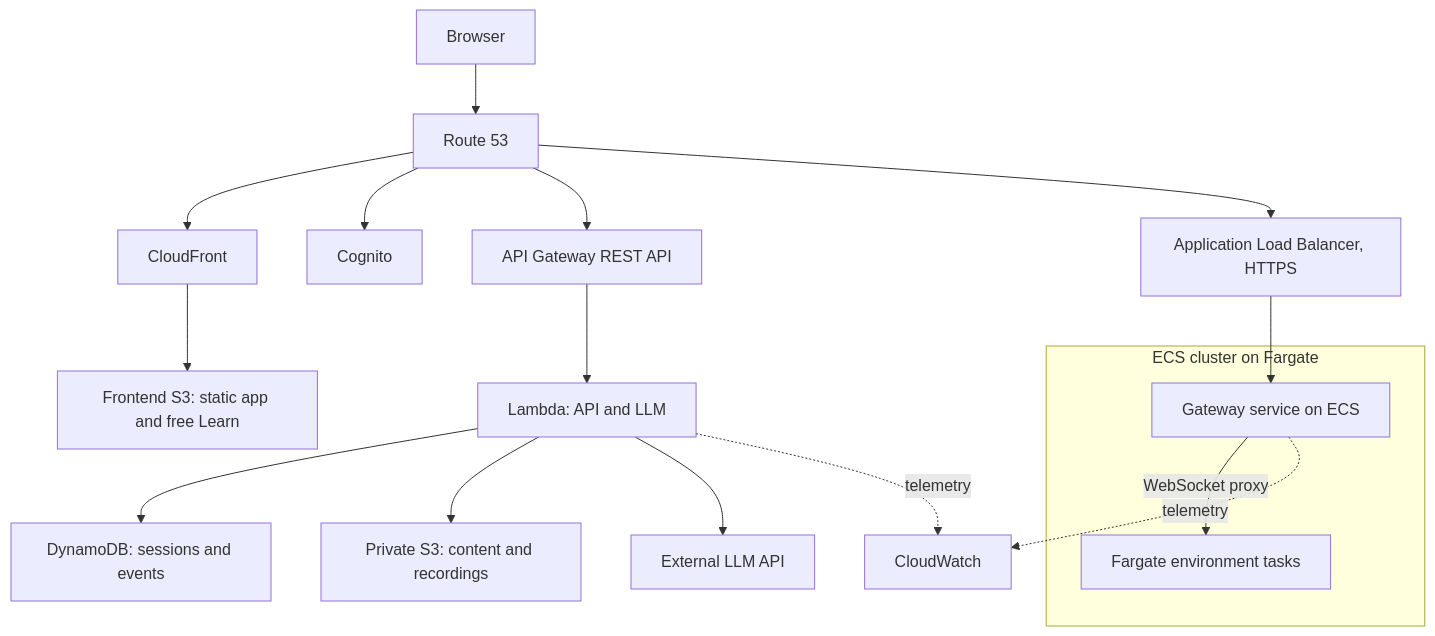
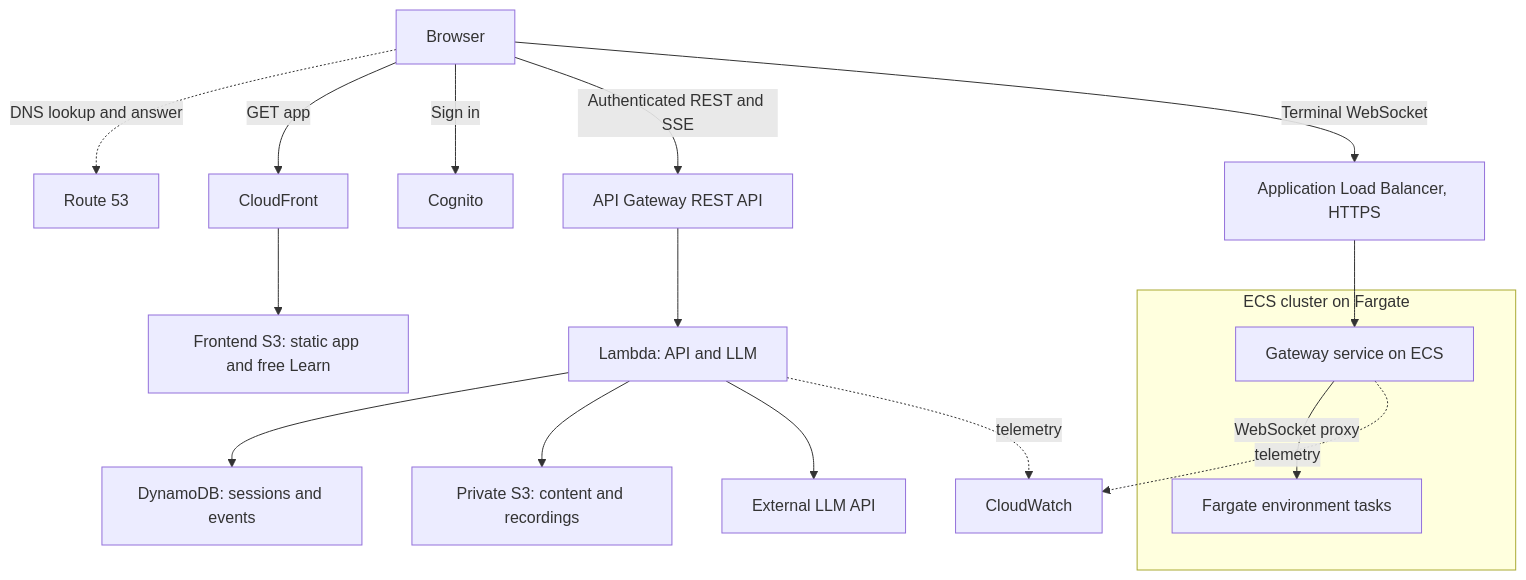
One commit to ehz0ah/OpsReplay changed the second of 2 diagrams in docs/architecture.md. Above: the diagram before and after it, drawn with Mermaid. The commit also changed other lines of this file and 36 other files, not shown here.

````diff
--- a/docs/architecture.md
+++ b/docs/architecture.md
@@ -49,21 +54,21 @@
 ```mermaid
 flowchart TB
-  Browser --> R53[Route 53]
-  R53 --> CF[CloudFront]
+  Browser -. DNS lookup and answer .-> R53[Route 53]
+  Browser -->|GET app| CF[CloudFront]
   CF --> Web[Frontend S3: static app and free Learn]
-  R53 --> Cognito
-  R53 --> APIGW[API Gateway REST API]
+  Browser -->|Sign in| Cognito
+  Browser -->|Authenticated REST and SSE| APIGW[API Gateway REST API]
   APIGW --> Lambda[Lambda: API and LLM]
   Lambda --> DDB[DynamoDB: sessions and events]
   Lambda --> Private[Private S3: content and recordings]
   Lambda --> Provider[External LLM API]
-  R53 --> ALB[Application Load Balancer, HTTPS]
+  Browser -->|Terminal WebSocket| ALB[Application Load Balancer, HTTPS]
   ALB --> Gateway[Gateway service on ECS]
   subgraph Cluster[ECS cluster on Fargate]
     Gateway
     Tasks[Fargate environment tasks]
   end
   Gateway -->|WebSocket proxy| Tasks
   Lambda -. telemetry .-> CW[CloudWatch]
   Gateway -. telemetry .-> CW
 ```
````
